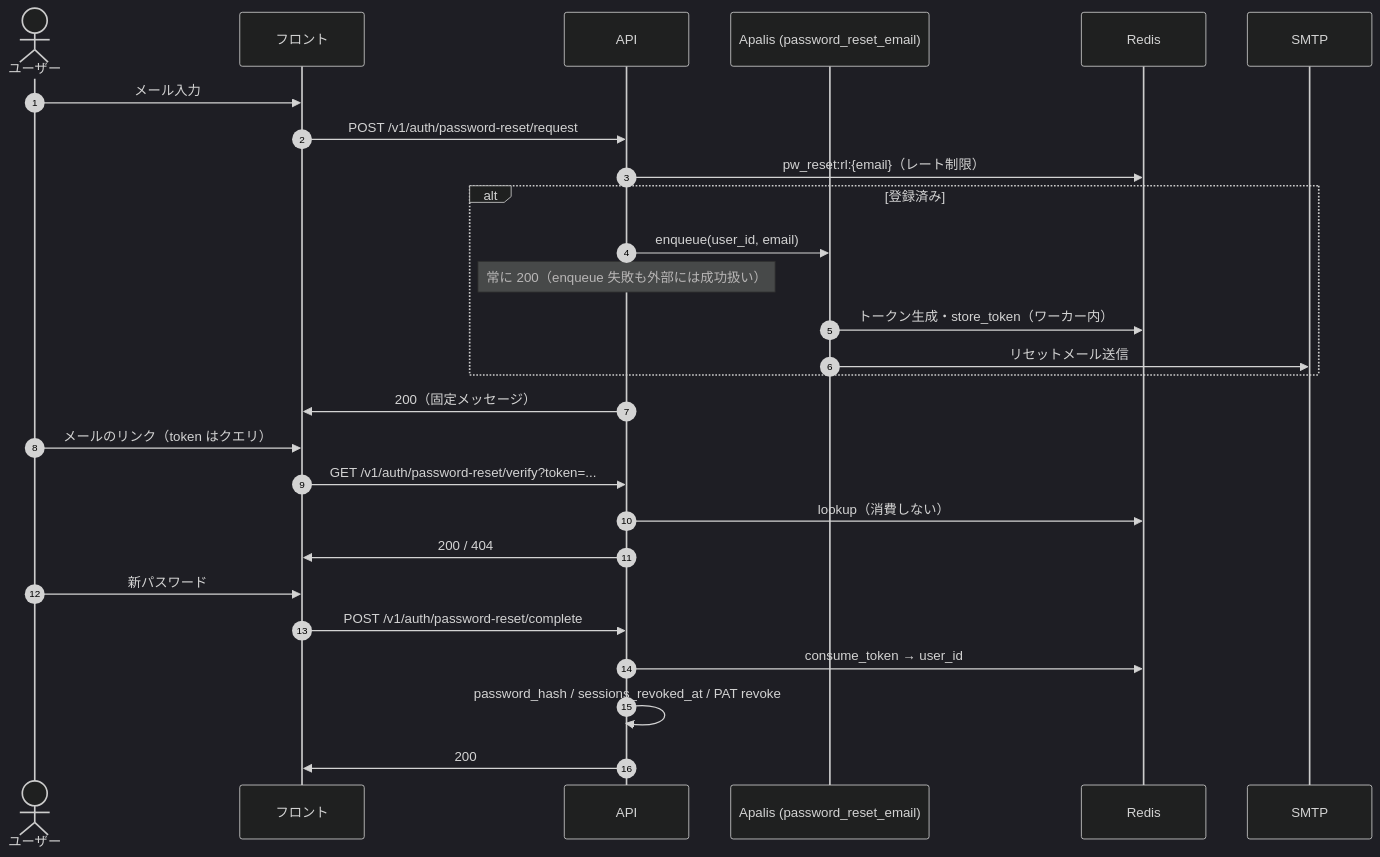
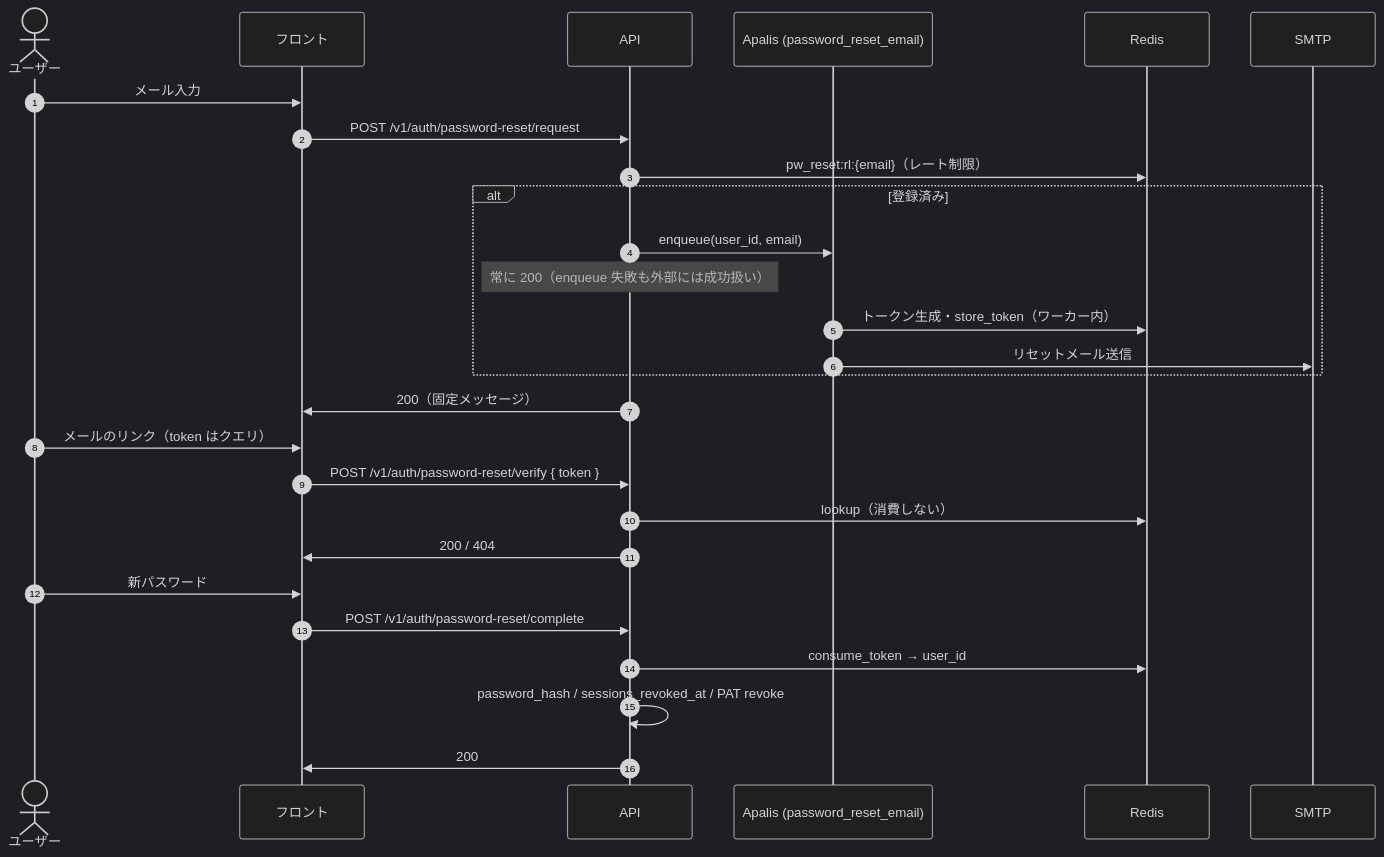
Before and after one commit to koyori-app/task: the diagram in apps/backend/docs/password-reset-flow.md, drawn with Mermaid (dark theme). The commit also changed 2 other files, not shown here.

Commit message:
fix(auth): password-reset/verify を POST + JSON ボディに変更
リセットトークンをクエリ文字列に載せない。統合テストと仕様書を更新。

````diff
--- a/apps/backend/docs/password-reset-flow.md
+++ b/apps/backend/docs/password-reset-flow.md
@@ -16,32 +16,32 @@
 ```mermaid
 sequenceDiagram
     autonumber
     actor U as ユーザー
     participant F as フロント
     participant B as API
     participant Q as Apalis (password_reset_email)
     participant R as Redis
     participant S as SMTP
 
     U->>F: メール入力
     F->>B: POST /v1/auth/password-reset/request
     B->>R: pw_reset:rl:{email}（レート制限）
     alt 登録済み
         B->>Q: enqueue(user_id, email)
         Note over B: 常に 200（enqueue 失敗も外部には成功扱い）
         Q->>R: トークン生成・store_token（ワーカー内）
         Q->>S: リセットメール送信
     end
     B->>F: 200（固定メッセージ）
 
     U->>F: メールのリンク（token はクエリ）
-    F->>B: GET /v1/auth/password-reset/verify?token=...
+    F->>B: POST /v1/auth/password-reset/verify { token }
     B->>R: lookup（消費しない）
     B->>F: 200 / 404
 
     U->>F: 新パスワード
     F->>B: POST /v1/auth/password-reset/complete
     B->>R: consume_token → user_id
     B->>B: password_hash / sessions_revoked_at / PAT revoke
     B->>F: 200
 ```
````
